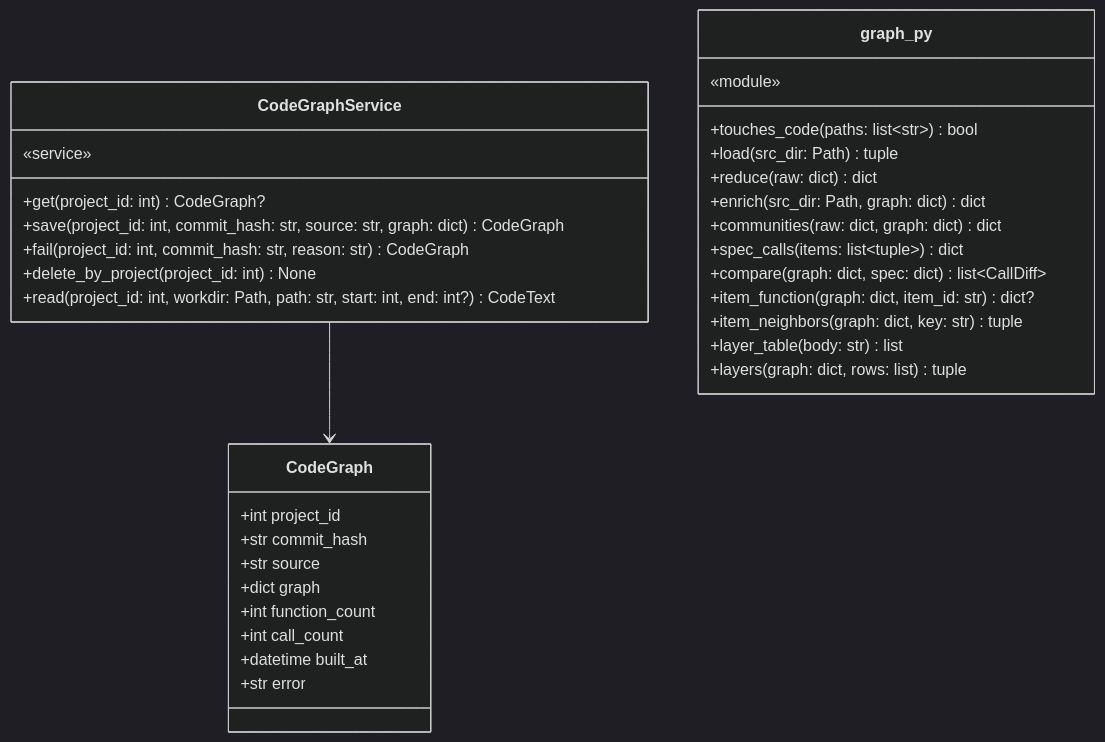
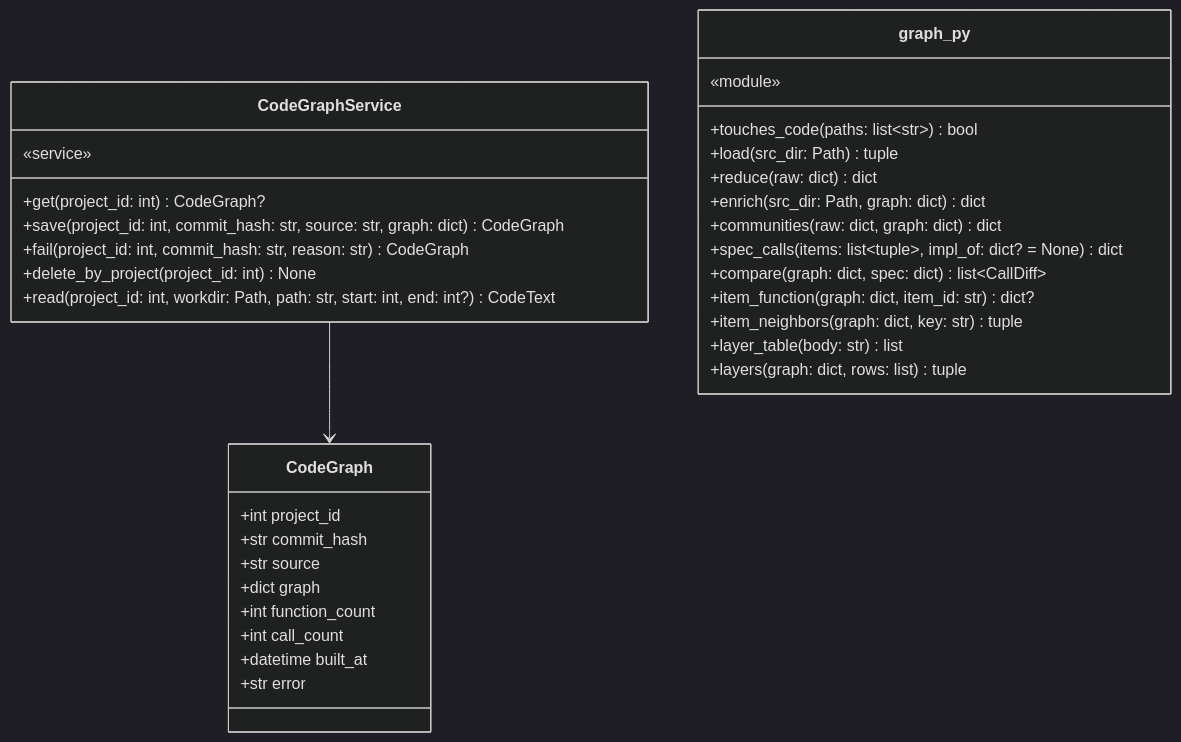
Diagram 22 of 22 in docs/specs/06-DOM/SYNC-DOM-002.md (HoyoungParkme/syncdoc), drawn with Mermaid (dark theme) before and after one commit. The commit also changed other lines of this file and 12 other files, not shown here.

````diff
--- a/docs/specs/06-DOM/SYNC-DOM-002.md
+++ b/docs/specs/06-DOM/SYNC-DOM-002.md
@@ -1284,36 +1284,36 @@
 ```mermaid
 classDiagram
     class CodeGraphService {
         «service»
         +get(project_id: int) CodeGraph?
         +save(project_id: int, commit_hash: str, source: str, graph: dict) CodeGraph
         +fail(project_id: int, commit_hash: str, reason: str) CodeGraph
         +delete_by_project(project_id: int) None
         +read(project_id: int, workdir: Path, path: str, start: int, end: int?) CodeText
     }
     class graph_py {
         «module»
         +touches_code(paths: list~str~) bool
         +load(src_dir: Path) tuple
         +reduce(raw: dict) dict
         +enrich(src_dir: Path, graph: dict) dict
         +communities(raw: dict, graph: dict) dict
-        +spec_calls(items: list~tuple~) dict
+        +spec_calls(items: list~tuple~, impl_of: dict? = None) dict
         +compare(graph: dict, spec: dict) list~CallDiff~
         +item_function(graph: dict, item_id: str) dict?
         +item_neighbors(graph: dict, key: str) tuple
         +layer_table(body: str) list
         +layers(graph: dict, rows: list) tuple
     }
     class CodeGraph {
         +int project_id
         +str commit_hash
         +str source
         +dict graph
         +int function_count
         +int call_count
         +datetime built_at
         +str error
     }
     CodeGraphService --> CodeGraph
 ```
````
